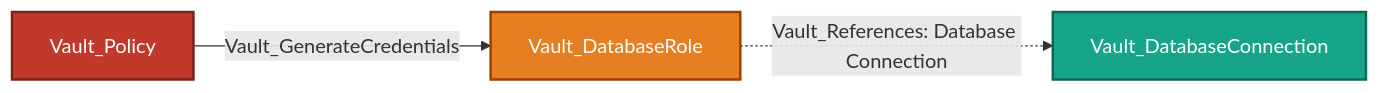
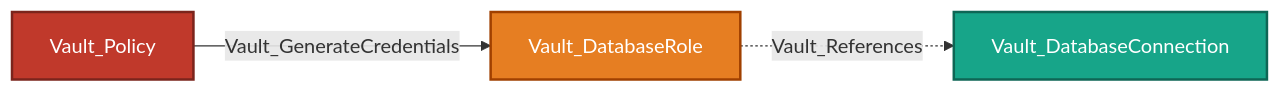
One commit to bytewreck/opengraph-vault changed the eighth of 29 diagrams in Documentation/stores/MOUNTS.md. Above: the diagram before and after it, drawn with Mermaid. The commit also changed other lines of this file and 7 other files, not shown here.

````diff
--- a/Documentation/stores/MOUNTS.md
+++ b/Documentation/stores/MOUNTS.md
@@ -442,9 +436,9 @@
 ```mermaid
 flowchart LR
     policy[Vault_Policy]:::policyNode -->|Vault_GenerateCredentials| role[Vault_DatabaseRole]:::secretObjectNode
-    role -.->|Vault_References: Database Connection| connection[Vault_DatabaseConnection]:::referenceNode
+    role -.->|Vault_References| connection[Vault_DatabaseConnection]:::referenceNode
 
     classDef policyNode fill:#C0392B,color:#fff,stroke:#7B241C,stroke-width:2px
     classDef secretObjectNode fill:#E67E22,color:#fff,stroke:#A04000,stroke-width:2px
     classDef referenceNode fill:#17A589,color:#fff,stroke:#0E6655,stroke-width:2px
 ```
````
